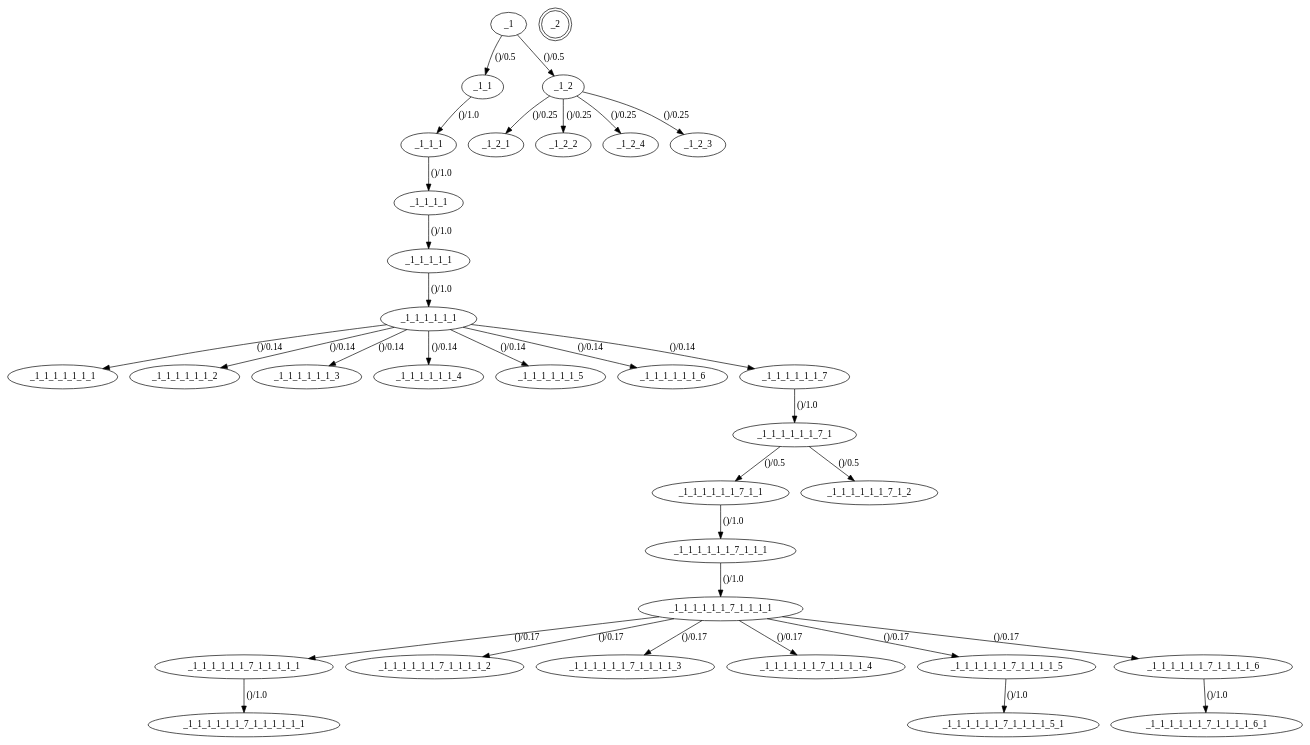
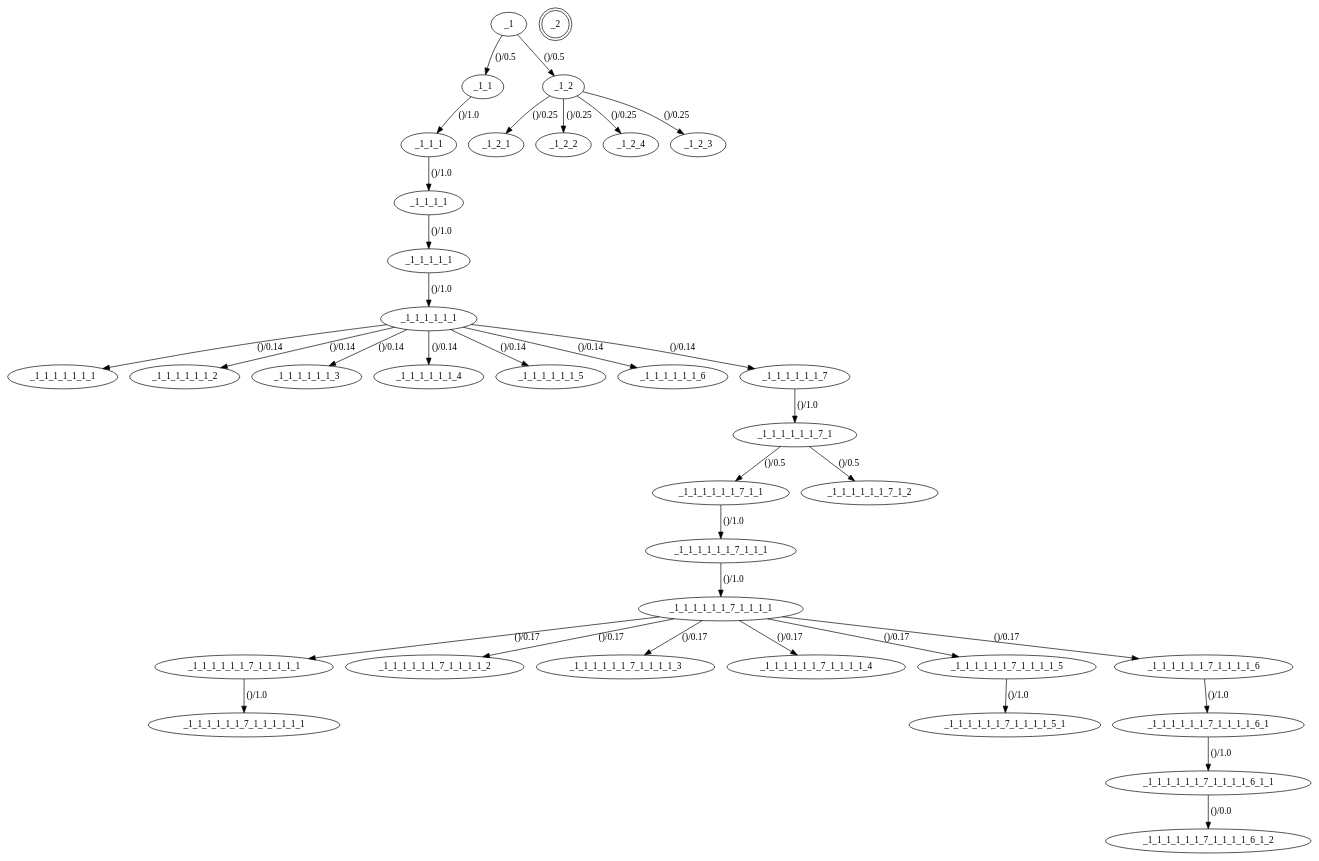
Before and after one commit to helttu/slideco-tests: the diagram in qauto_deco/pagemodel/structure.gv, drawn with Graphviz. The commit also changed 14 other files, not shown here.

```diff
--- a/qauto_deco/pagemodel/structure.gv
+++ b/qauto_deco/pagemodel/structure.gv
@@ -1,68 +1,72 @@
 digraph default_model {
 //States
 _1
 _1_1_1
 _1_1
 _1_1_1_1
 _1_1_1_1_1
 _1_1_1_1_1_1
 _1_1_1_1_1_1_1
 _1_1_1_1_1_1_2
 _1_1_1_1_1_1_3
 _1_1_1_1_1_1_4
 _1_1_1_1_1_1_5
 _1_1_1_1_1_1_6
 _1_1_1_1_1_1_7
 _1_1_1_1_1_1_7_1
 _1_1_1_1_1_1_7_1_1
 _1_1_1_1_1_1_7_1_1_1
 _1_1_1_1_1_1_7_1_1_1_1
 _1_1_1_1_1_1_7_1_1_1_1_1
 _1_1_1_1_1_1_7_1_1_1_1_2
 _1_1_1_1_1_1_7_1_1_1_1_3
 _1_1_1_1_1_1_7_1_1_1_1_4
 _1_1_1_1_1_1_7_1_1_1_1_5
 _1_1_1_1_1_1_7_1_1_1_1_5_1
 _1_1_1_1_1_1_7_1_2
 _1_2
 _1_2_1
 _1_2_2
 _1_1_1_1_1_1_7_1_1_1_1_1_1
 _1_1_1_1_1_1_7_1_1_1_1_6
 _1_1_1_1_1_1_7_1_1_1_1_6_1
 _1_2_4
 _1_2_3
+_1_1_1_1_1_1_7_1_1_1_1_6_1_1
+_1_1_1_1_1_1_7_1_1_1_1_6_1_2
 _2[shape = "doublecircle"]
 //Transitions
 _1 -> _1_1[ label = "()/0.5", probability = "0.5", set_guard = "(u'', u'')", check_guard = "(u'', u'')", edge_id = "fc549930-c01f-11e5-bdbc-a94980e8de8d"]
 _1_1 -> _1_1_1[ label = "()/1.0", probability = "1.0", set_guard = "(u'', u'')", check_guard = "(u'', u'')", edge_id = "fe4879ee-c01f-11e5-8b18-a94980e8de8d"]
 _1_1_1 -> _1_1_1_1[ label = "()/1.0", probability = "1.0", set_guard = "(u'', u'')", check_guard = "(u'', u'')", edge_id = "ac323121-c02d-11e5-8503-a94980e8de8d"]
 _1_1_1_1 -> _1_1_1_1_1[ label = "()/1.0", probability = "1.0", set_guard = "(u'', u'')", check_guard = "(u'', u'')", edge_id = "2e873671-c02e-11e5-a260-a94980e8de8d"]
 _1_1_1_1_1 -> _1_1_1_1_1_1[ label = "()/1.0", probability = "1.0", set_guard = "(u'', u'')", check_guard = "(u'', u'')", edge_id = "fa83d631-c032-11e5-aabc-a94980e8de8d"]
 _1_1_1_1_1_1 -> _1_1_1_1_1_1_1[ label = "()/0.14", probability = "0.142857142857", set_guard = "(u'', u'')", check_guard = "(u'', u'')", edge_id = "8bbcdc9f-c038-11e5-88a6-a94980e8de8d"]
 _1_1_1_1_1_1 -> _1_1_1_1_1_1_2[ label = "()/0.14", probability = "0.142857142857", set_guard = "(u'', u'')", check_guard = "(u'', u'')", edge_id = "e2cac7ef-c038-11e5-b7d3-a94980e8de8d"]
 _1_1_1_1_1_1 -> _1_1_1_1_1_1_3[ label = "()/0.14", probability = "0.142857142857", set_guard = "(u'', u'')", check_guard = "(u'', u'')", edge_id = "0b82f9ae-c039-11e5-b3ff-a94980e8de8d"]
 _1_1_1_1_1_1 -> _1_1_1_1_1_1_4[ label = "()/0.14", probability = "0.142857142857", set_guard = "(u'', u'')", check_guard = "(u'', u'')", edge_id = "3bceb6e2-c039-11e5-9122-a94980e8de8d"]
 _1_1_1_1_1_1 -> _1_1_1_1_1_1_5[ label = "()/0.14", probability = "0.142857142857", set_guard = "(u'', u'')", check_guard = "(u'', u'')", edge_id = "fdcfa1a1-c039-11e5-8b14-a94980e8de8d"]
 _1_1_1_1_1_1 -> _1_1_1_1_1_1_6[ label = "()/0.14", probability = "0.142857142857", set_guard = "(u'', u'')", check_guard = "(u'', u'')", edge_id = "ff775e30-c039-11e5-93ba-a94980e8de8d"]
 _1_1_1_1_1_1 -> _1_1_1_1_1_1_7[ label = "()/0.14", probability = "0.142857142857", set_guard = "(u'', u'')", check_guard = "(u'', u'')", edge_id = "01636f5f-c03d-11e5-94c1-a94980e8de8d"]
 _1_1_1_1_1_1_7 -> _1_1_1_1_1_1_7_1[ label = "()/1.0", probability = "1.0", set_guard = "(u'', u'')", check_guard = "(u'', u'')", edge_id = "63c5beb1-c03d-11e5-986f-a94980e8de8d"]
 _1_1_1_1_1_1_7_1 -> _1_1_1_1_1_1_7_1_1[ label = "()/0.5", probability = "0.5", set_guard = "(u'', u'')", check_guard = "(u'', u'')", edge_id = "81ed66c1-c03f-11e5-b923-a94980e8de8d"]
 _1_1_1_1_1_1_7_1_1 -> _1_1_1_1_1_1_7_1_1_1[ label = "()/1.0", probability = "1.0", set_guard = "(u'', u'')", check_guard = "(u'', u'')", edge_id = "80083690-c040-11e5-a873-a94980e8de8d"]
 _1_1_1_1_1_1_7_1_1_1 -> _1_1_1_1_1_1_7_1_1_1_1[ label = "()/1.0", probability = "1.0", set_guard = "(u'', u'')", check_guard = "(u'', u'')", edge_id = "110f70e2-c041-11e5-8143-a94980e8de8d"]
 _1_1_1_1_1_1_7_1_1_1_1 -> _1_1_1_1_1_1_7_1_1_1_1_1[ label = "()/0.17", probability = "0.166666666667", set_guard = "(u'', u'')", check_guard = "(u'', u'')", edge_id = "cb99f522-c041-11e5-8451-a94980e8de8d"]
 _1_1_1_1_1_1_7_1_1_1_1 -> _1_1_1_1_1_1_7_1_1_1_1_2[ label = "()/0.17", probability = "0.166666666667", set_guard = "(u'', u'')", check_guard = "(u'', u'')", edge_id = "018954a1-c042-11e5-88d0-a94980e8de8d"]
 _1_1_1_1_1_1_7_1_1_1_1 -> _1_1_1_1_1_1_7_1_1_1_1_3[ label = "()/0.17", probability = "0.166666666667", set_guard = "(u'', u'')", check_guard = "(u'', u'')", edge_id = "2f99eede-c042-11e5-a975-a94980e8de8d"]
 _1_1_1_1_1_1_7_1_1_1_1 -> _1_1_1_1_1_1_7_1_1_1_1_4[ label = "()/0.17", probability = "0.166666666667", set_guard = "(u'', u'')", check_guard = "(u'', u'')", edge_id = "59dcb841-c042-11e5-a3d8-a94980e8de8d"]
 _1_1_1_1_1_1_7_1_1_1_1 -> _1_1_1_1_1_1_7_1_1_1_1_5[ label = "()/0.17", probability = "0.166666666667", set_guard = "(u'', u'')", check_guard = "(u'', u'')", edge_id = "9ddb07e2-c042-11e5-a824-a94980e8de8d"]
 _1_1_1_1_1_1_7_1_1_1_1_5 -> _1_1_1_1_1_1_7_1_1_1_1_5_1[ label = "()/1.0", probability = "1.0", set_guard = "(u'', u'')", check_guard = "(u'', u'')", edge_id = "a6ca075e-c0c0-11e5-bbbb-a94980e8de8d"]
 _1_1_1_1_1_1_7_1 -> _1_1_1_1_1_1_7_1_2[ label = "()/0.5", probability = "0.5", set_guard = "(u'', u'')", check_guard = "(u'', u'')", edge_id = "90f4aa10-c0c2-11e5-9162-a94980e8de8d"]
 _1_2 -> _1_2_1[ label = "()/0.25", probability = "0.25", set_guard = "(u'', u'')", check_guard = "(u'', u'')", edge_id = "b18e8770-c5a2-11e5-922c-2c600cd4c6d7"]
 _1_1_1_1_1_1_7_1_1_1_1_1 -> _1_1_1_1_1_1_7_1_1_1_1_1_1[ label = "()/1.0", probability = "1.0", set_guard = "(u'', u'')", check_guard = "(u'', u'')", edge_id = "2f5d7d41-c8b5-11e5-b5b1-00247e035201"]
 _1_1_1_1_1_1_7_1_1_1_1 -> _1_1_1_1_1_1_7_1_1_1_1_6[ label = "()/0.17", probability = "0.166666666667", set_guard = "(u'', u'')", check_guard = "(u'', u'')", edge_id = "63b998ef-c8bd-11e5-b359-00247e035201"]
 _1_1_1_1_1_1_7_1_1_1_1_6 -> _1_1_1_1_1_1_7_1_1_1_1_6_1[ label = "()/1.0", probability = "1.0", set_guard = "(u'', u'')", check_guard = "(u'', u'')", edge_id = "b40472c1-c8be-11e5-b9d2-00247e035201"]
 _1 -> _1_2[ label = "()/0.5", probability = "0.5", set_guard = "(u'', u'')", check_guard = "(u'', u'')", edge_id = "d7b9c1e1-c975-11e5-b0eb-a94980e8de8d"]
 _1_2 -> _1_2_2[ label = "()/0.25", probability = "0.25", set_guard = "(u'', u'')", check_guard = "(u'', u'')", edge_id = "dfcd2bb0-c975-11e5-99fe-a94980e8de8d"]
 _1_2 -> _1_2_3[ label = "()/0.25", probability = "0.25", set_guard = "(u'', u'')", check_guard = "(u'', u'')", edge_id = "452f3561-cc06-11e5-b6e7-2c600cd4c6d7"]
 _1_2 -> _1_2_4[ label = "()/0.25", probability = "0.25", set_guard = "(u'', u'')", check_guard = "(u'', u'')", edge_id = "4f354770-cc06-11e5-a75f-2c600cd4c6d7"]
+_1_1_1_1_1_1_7_1_1_1_1_6_1 -> _1_1_1_1_1_1_7_1_1_1_1_6_1_1[ label = "()/1.0", probability = "1.0", set_guard = "(u'', u'')", check_guard = "(u'', u'')", edge_id = "6bf28cd0-cef7-11e5-9913-00247e035201"]
+_1_1_1_1_1_1_7_1_1_1_1_6_1_1 -> _1_1_1_1_1_1_7_1_1_1_1_6_1_2[ label = "()/0.0", probability = "0.0", set_guard = "('', '')", check_guard = "('', '')", edge_id = "9f1c66de-cefb-11e5-a00b-00247e035201"]
 }
```
